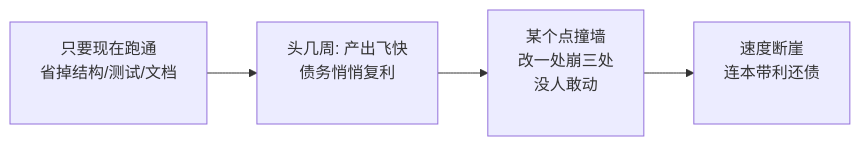
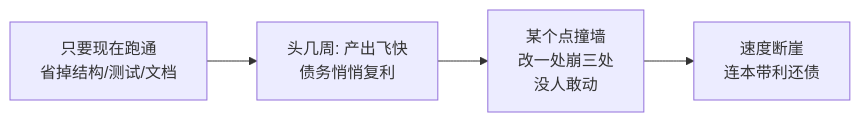
Before and after one commit to XuebinMa/AIWiki: the diagram in docs/07-acceptance-release/tech-debt-wall.mdx, drawn with Mermaid. The commit also changed 99 other files, not shown here.

First line of the commit message:
fix(mermaid): 全局根治节点文字裁切（htmlLabels:false + 清理 br/nbsp 占位）(#26)

````diff
--- a/docs/07-acceptance-release/tech-debt-wall.mdx
+++ b/docs/07-acceptance-release/tech-debt-wall.mdx
@@ -40,6 +40,6 @@
 ```mermaid
 flowchart LR
-    A[只要现在跑通<br/>省掉结构/测试/文档<br/>&nbsp;] --> B[头几周: 产出飞快<br/>债务悄悄复利<br/>&nbsp;]
-    B --> C[某个点撞墙<br/>改一处崩三处<br/>没人敢动<br/>&nbsp;]
-    C --> D[速度断崖<br/>连本带利还债<br/>&nbsp;]
+    A[只要现在跑通<br/>省掉结构/测试/文档] --> B[头几周: 产出飞快<br/>债务悄悄复利]
+    B --> C[某个点撞墙<br/>改一处崩三处<br/>没人敢动]
+    C --> D[速度断崖<br/>连本带利还债]
 ```
````
